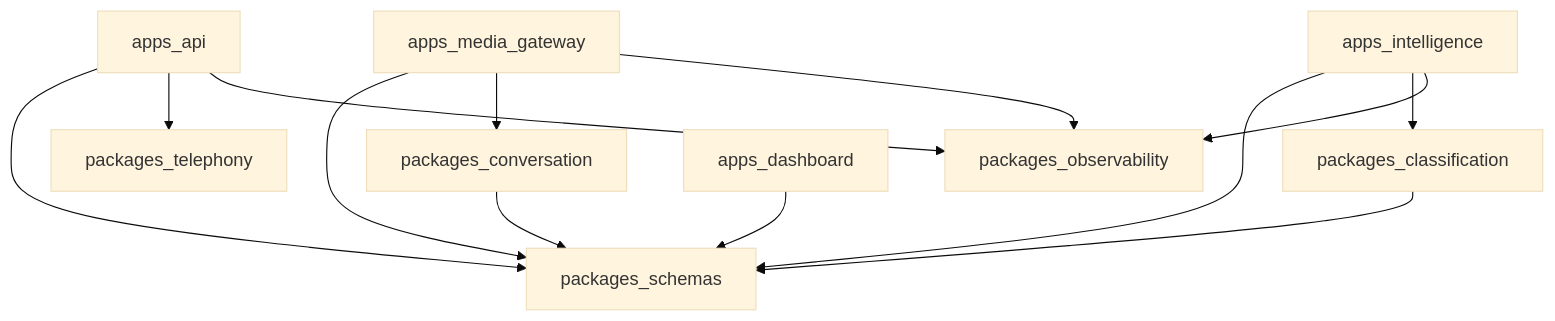
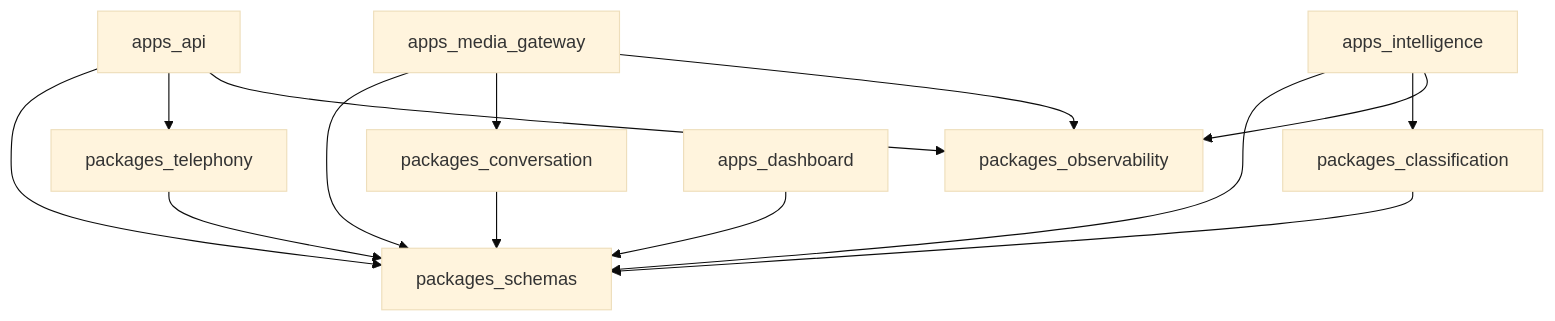
The fourth of 4 diagrams in docs/ARCHITECTURE.md (jscottwillems/switchboard), drawn with Mermaid (base theme) before and after one commit. The commit also changed other lines of this file and 18 other files, not shown here.

````diff
--- a/docs/ARCHITECTURE.md
+++ b/docs/ARCHITECTURE.md
@@ -153,25 +153,26 @@
 ```mermaid
 flowchart TD
   schemas[packages_schemas]
   tel[packages_telephony]
   conv[packages_conversation]
   cls[packages_classification]
   obs[packages_observability]
   api[apps_api]
   gw[apps_media_gateway]
   intel[apps_intelligence]
   ui[apps_dashboard]
 
+  tel --> schemas
   conv --> schemas
   cls --> schemas
   api --> schemas
   api --> tel
   api --> obs
   gw --> schemas
   gw --> conv
   gw --> obs
   intel --> schemas
   intel --> cls
   intel --> obs
   ui --> schemas
 ```
````
